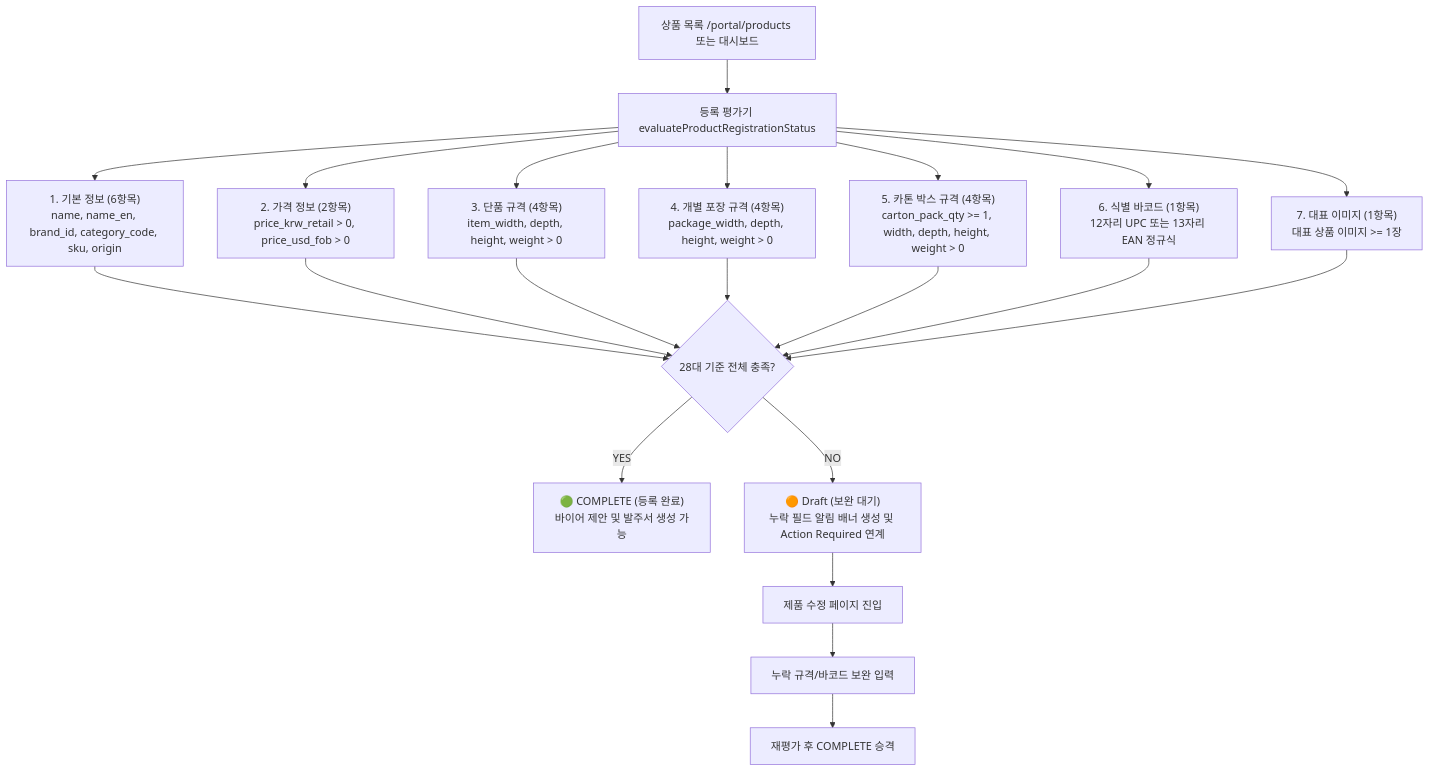
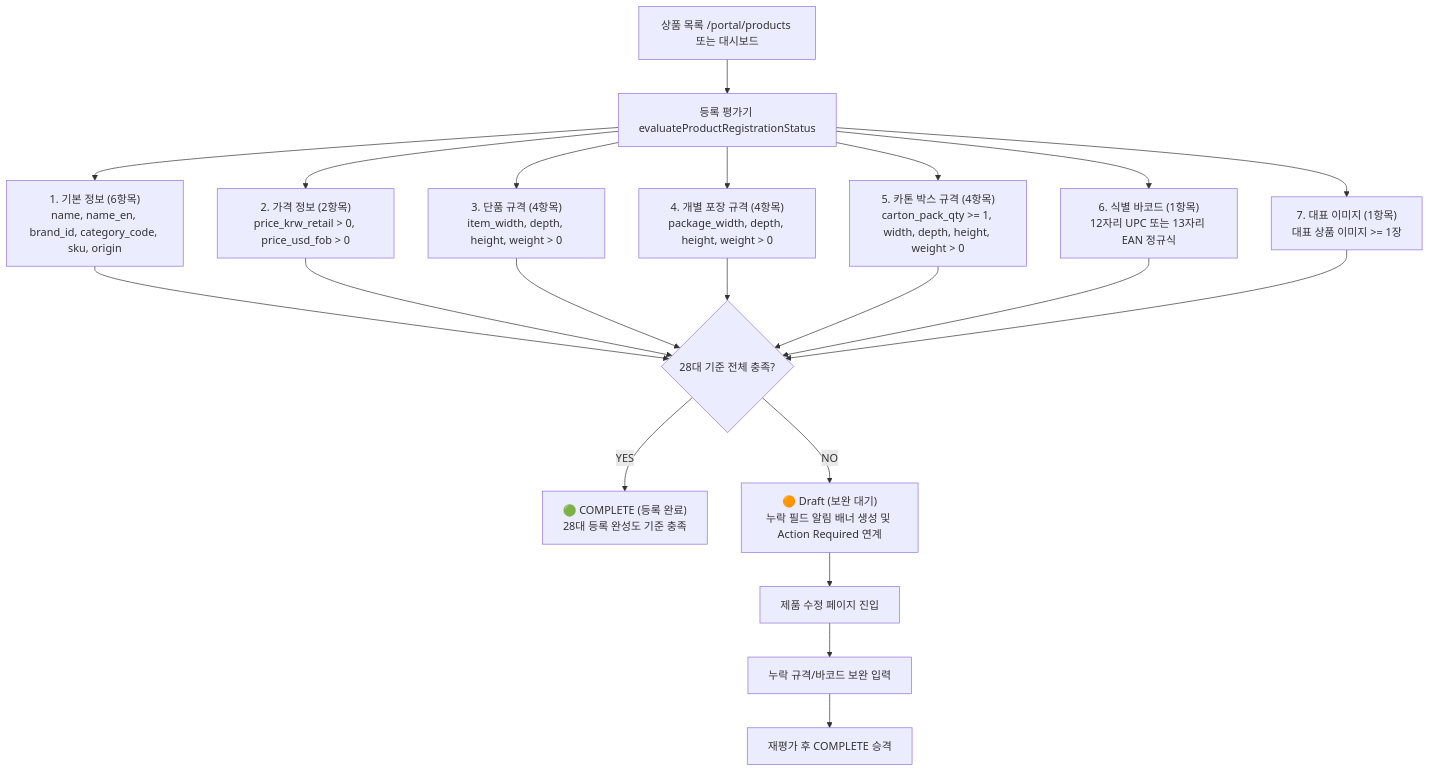
The fourth of 5 diagrams in Manuals/MAN-B-RPT-001_Reports-Performance/02_CLAUDE_PACKAGE/03_DIAGRAMS/REPORTS_PERFORMANCE_ARCHITECTURE_DIAGRAMS.md (chaehahm-Kr/KBGP-Portal), drawn with Mermaid before and after one commit. The commit also changed other lines of this file and 1 other file, not shown here.

Commit message:
docs(manual): MAN-B-RPT-001-PKG-QA-R2 final user manual grounding and metric corrections

````diff
--- a/Manuals/MAN-B-RPT-001_Reports-Performance/02_CLAUDE_PACKAGE/03_DIAGRAMS/REPORTS_PERFORMANCE_ARCHITECTURE_DIAGRAMS.md
+++ b/Manuals/MAN-B-RPT-001_Reports-Performance/02_CLAUDE_PACKAGE/03_DIAGRAMS/REPORTS_PERFORMANCE_ARCHITECTURE_DIAGRAMS.md
@@ -102,21 +102,21 @@
 ```mermaid
 flowchart TD
     PROD_LOAD[상품 목록 /portal/products 또는 대시보드] --> EVAL_ENGINE[등록 평가기 evaluateProductRegistrationStatus]
     
     EVAL_ENGINE --> C_BASIC["1. 기본 정보 (6항목)<br>name, name_en, brand_id, category_code, sku, origin"]
     EVAL_ENGINE --> C_PRICE["2. 가격 정보 (2항목)<br>price_krw_retail > 0, price_usd_fob > 0"]
     EVAL_ENGINE --> C_UNIT["3. 단품 규격 (4항목)<br>item_width, depth, height, weight > 0"]
     EVAL_ENGINE --> C_PKG["4. 개별 포장 규격 (4항목)<br>package_width, depth, height, weight > 0"]
     EVAL_ENGINE --> C_CTN["5. 카톤 박스 규격 (4항목)<br>carton_pack_qty >= 1, width, depth, height, weight > 0"]
     EVAL_ENGINE --> C_BAR["6. 식별 바코드 (1항목)<br>12자리 UPC 또는 13자리 EAN 정규식"]
     EVAL_ENGINE --> C_IMG["7. 대표 이미지 (1항목)<br>대표 상품 이미지 >= 1장"]
     
     C_BASIC & C_PRICE & C_UNIT & C_PKG & C_CTN & C_BAR & C_IMG --> CRITERIA_CHECK{28대 기준 전체 충족?}
     
-    CRITERIA_CHECK -- YES --> STATUS_COMPLETE["🟢 COMPLETE (등록 완료)<br>바이어 제안 및 발주서 생성 가능"]
+    CRITERIA_CHECK -- YES --> STATUS_COMPLETE["🟢 COMPLETE (등록 완료)<br>28대 등록 완성도 기준 충족"]
     CRITERIA_CHECK -- NO --> STATUS_DRAFT["🟠 Draft (보완 대기)<br>누락 필드 알림 배너 생성 및 Action Required 연계"]
     
     STATUS_DRAFT --> EDIT_PAGE[제품 수정 페이지 진입]
     EDIT_PAGE --> FILL_SPEC[누락 규격/바코드 보완 입력]
     FILL_SPEC --> RE_EVAL[재평가 후 COMPLETE 승격]
 ```
````
